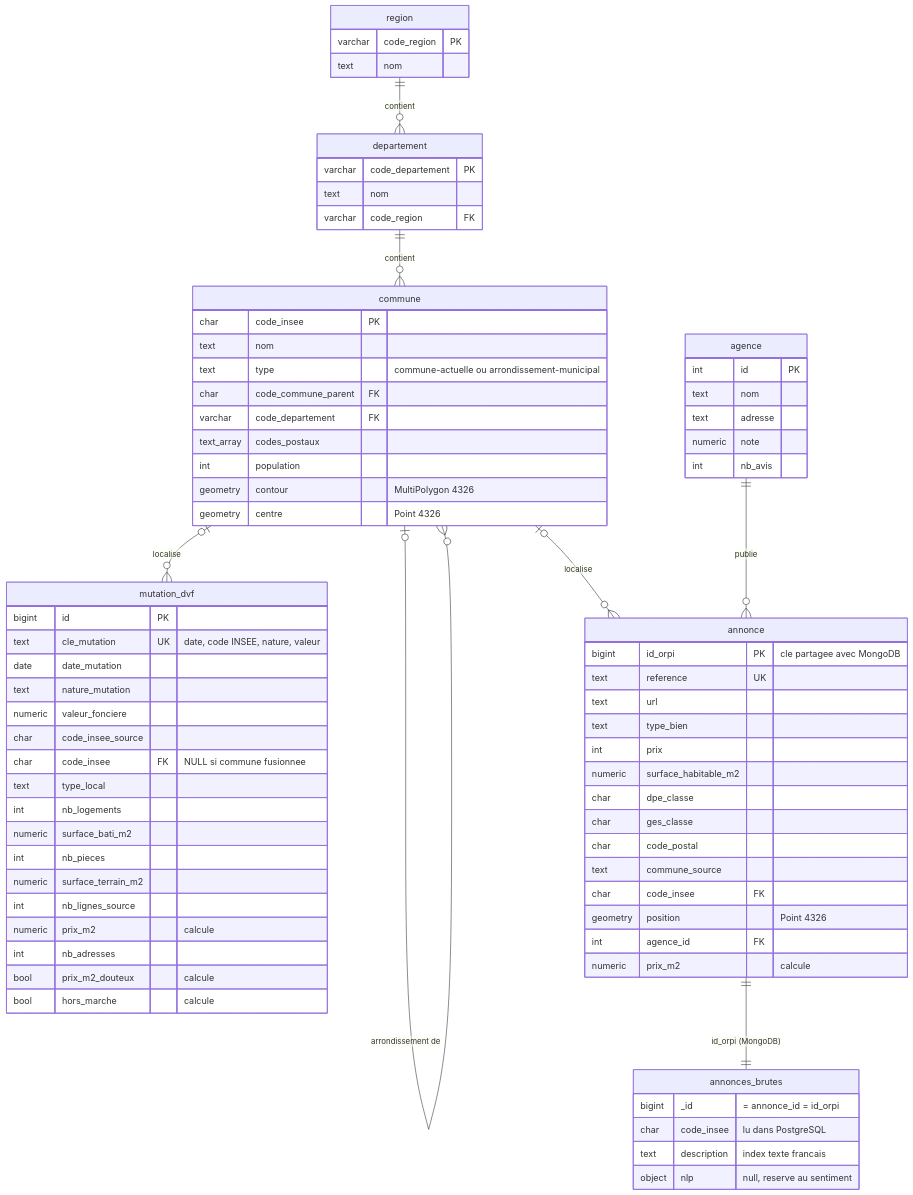
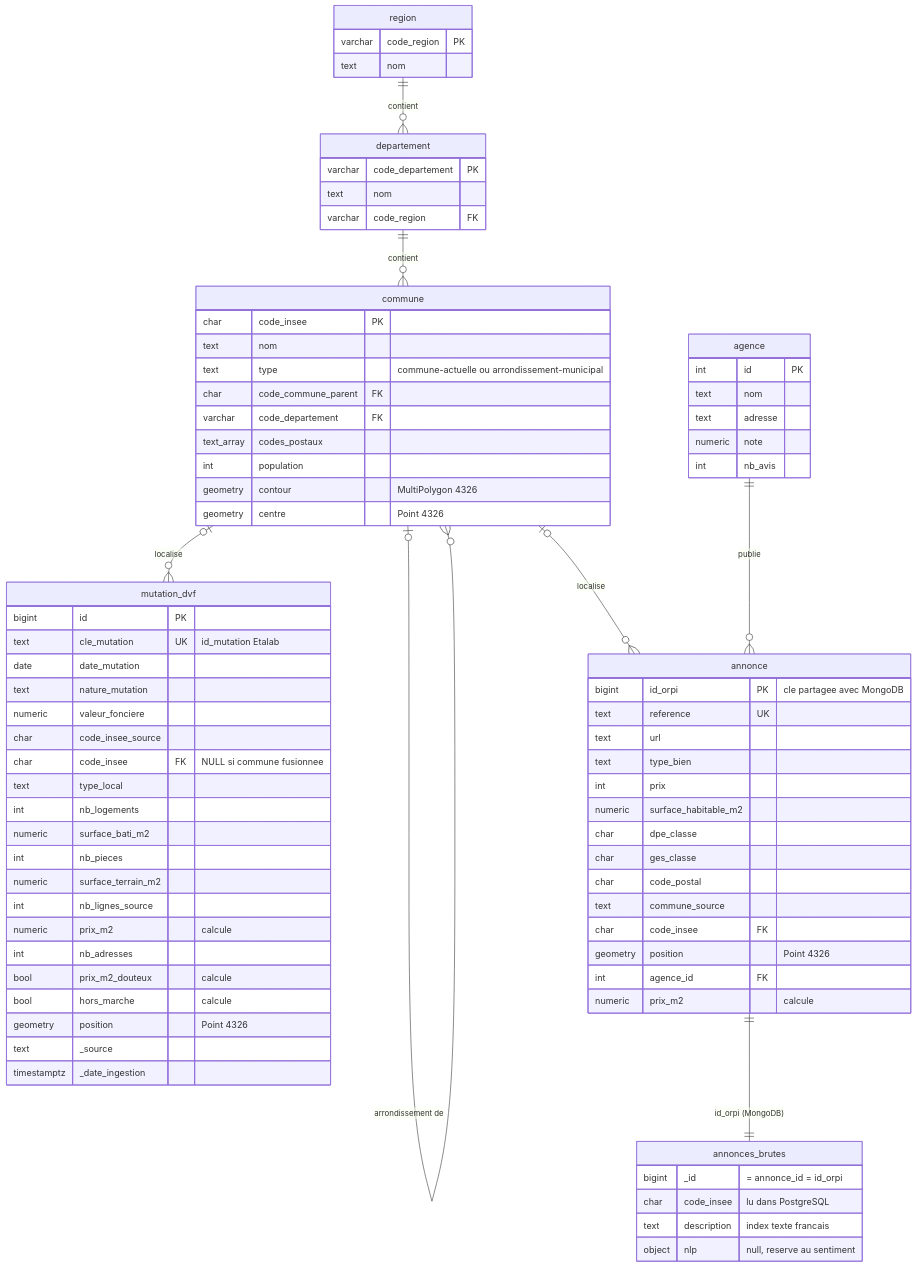
The diagram in docs/schema_bdd.md (NicolasThao/T-DAT-901-Homepedia), drawn with Mermaid before and after one commit. The commit also changed other lines of this file and 13 other files, not shown here.

````diff
--- a/docs/schema_bdd.md
+++ b/docs/schema_bdd.md
@@ -17,79 +17,82 @@
 ```mermaid
 erDiagram
     region ||--o{ departement : contient
     departement ||--o{ commune : contient
     commune |o--o{ commune : "arrondissement de"
     commune |o--o{ mutation_dvf : "localise"
     commune |o--o{ annonce : "localise"
     agence ||--o{ annonce : "publie"
     annonce ||--|| annonces_brutes : "id_orpi (MongoDB)"
 
     region {
         varchar code_region PK
         text nom
     }
     departement {
         varchar code_departement PK
         text nom
         varchar code_region FK
     }
     commune {
         char code_insee PK
         text nom
         text type "commune-actuelle ou arrondissement-municipal"
         char code_commune_parent FK
         varchar code_departement FK
         text_array codes_postaux
         int population
         geometry contour "MultiPolygon 4326"
         geometry centre "Point 4326"
     }
     mutation_dvf {
         bigint id PK
-        text cle_mutation UK "date, code INSEE, nature, valeur"
+        text cle_mutation UK "id_mutation Etalab"
         date date_mutation
         text nature_mutation
         numeric valeur_fonciere
         char code_insee_source
         char code_insee FK "NULL si commune fusionnee"
         text type_local
         int nb_logements
         numeric surface_bati_m2
         int nb_pieces
         numeric surface_terrain_m2
         int nb_lignes_source
         numeric prix_m2 "calcule"
         int nb_adresses
         bool prix_m2_douteux "calcule"
         bool hors_marche "calcule"
+        geometry position "Point 4326"
+        text _source
+        timestamptz _date_ingestion
     }
     agence {
         int id PK
         text nom
         text adresse
         numeric note
         int nb_avis
     }
     annonce {
         bigint id_orpi PK "cle partagee avec MongoDB"
         text reference UK
         text url
         text type_bien
         int prix
         numeric surface_habitable_m2
         char dpe_classe
         char ges_classe
         char code_postal
         text commune_source
         char code_insee FK
         geometry position "Point 4326"
         int agence_id FK
         numeric prix_m2 "calcule"
     }
     annonces_brutes {
         bigint _id "= annonce_id = id_orpi"
         char code_insee "lu dans PostgreSQL"
         text description "index texte francais"
         object nlp "null, reserve au sentiment"
     }
 ```
````
